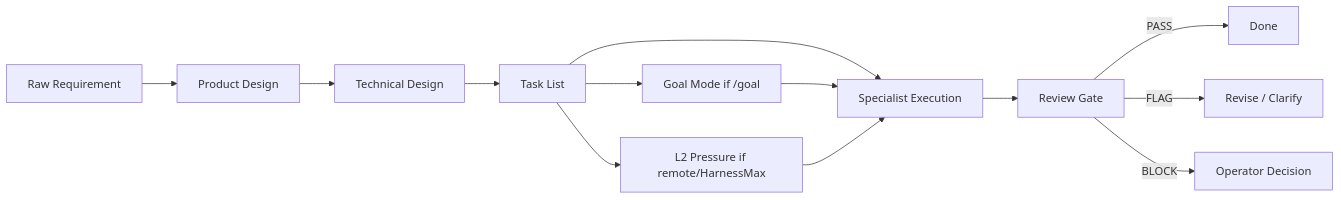
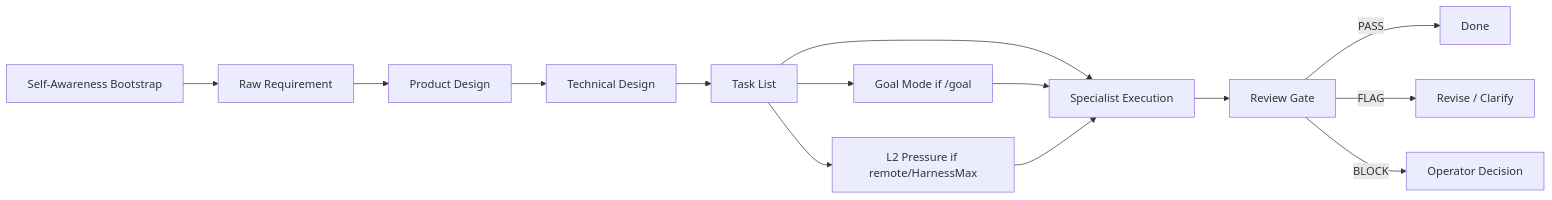
One commit to Fearvox/multica-ultimate-workbench changed the diagram in SYNTHESIS.md. Above: the diagram before and after it, drawn with Mermaid. The commit also changed other lines of this file and 7 other files, not shown here.

Commit message:
feat: add self-awareness infra layer

````diff
--- a/SYNTHESIS.md
+++ b/SYNTHESIS.md
@@ -22,15 +23,16 @@
 ```mermaid
 flowchart LR
-  A["Raw Requirement"] --> B["Product Design"]
+  Z["Self-Awareness Bootstrap"] --> A["Raw Requirement"]
+  A --> B["Product Design"]
   B --> C["Technical Design"]
   C --> D["Task List"]
   D --> E["Specialist Execution"]
   D --> J["Goal Mode if /goal"]
   D --> K["L2 Pressure if remote/HarnessMax"]
   J --> E
   K --> E
   E --> F["Review Gate"]
   F -->|PASS| G["Done"]
   F -->|FLAG| H["Revise / Clarify"]
   F -->|BLOCK| I["Operator Decision"]
 ```
````
